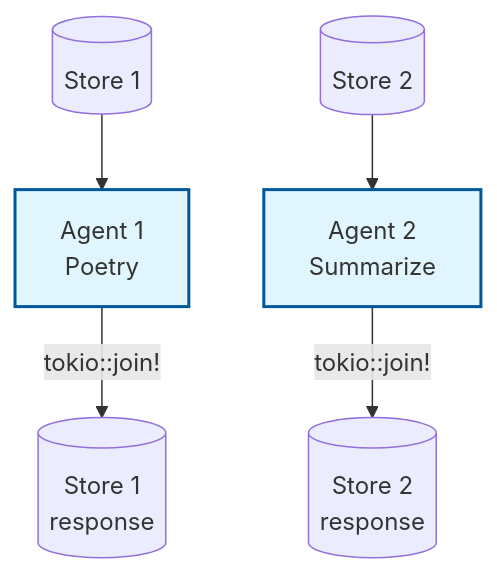
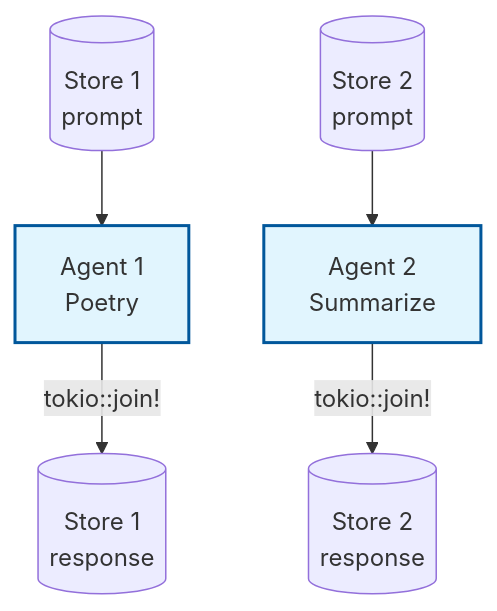
The diagram in examples/ASYNC_AGENT.md (EzekTec-Inc/AgentFlow), drawn with Mermaid before and after one commit. The commit also changed other lines of this file and 23 other files, not shown here.

````diff
--- a/examples/ASYNC_AGENT.md
+++ b/examples/ASYNC_AGENT.md
@@ -13,10 +28,10 @@
 ```mermaid
 graph TD
-    Input1[(Store 1)] --> A1[Agent 1<br>Poetry]
-    Input2[(Store 2)] --> A2[Agent 2<br>Summarize]
+    Input1[(Store 1<br>prompt)] --> A1[Agent 1<br>Poetry]
+    Input2[(Store 2<br>prompt)] --> A2[Agent 2<br>Summarize]
     A1 -->|tokio::join!| Output1[(Store 1<br>response)]
     A2 -->|tokio::join!| Output2[(Store 2<br>response)]
-    
+
     classDef agent fill:#e1f5fe,stroke:#01579b,stroke-width:2px;
     class A1,A2 agent;
 ```
````
